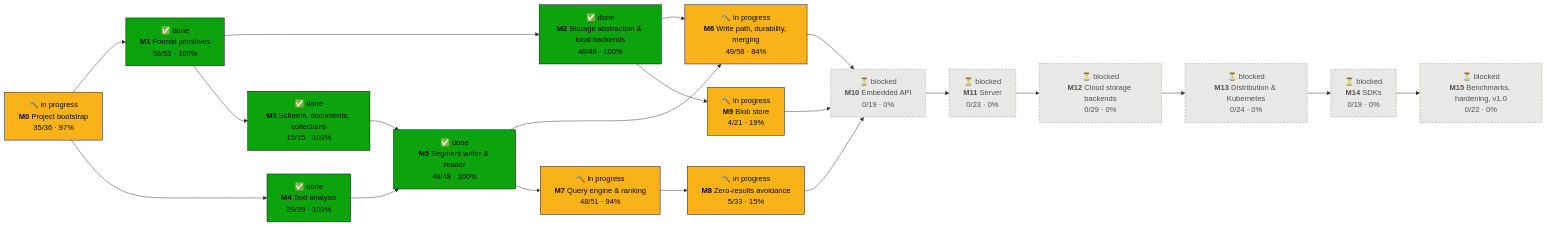
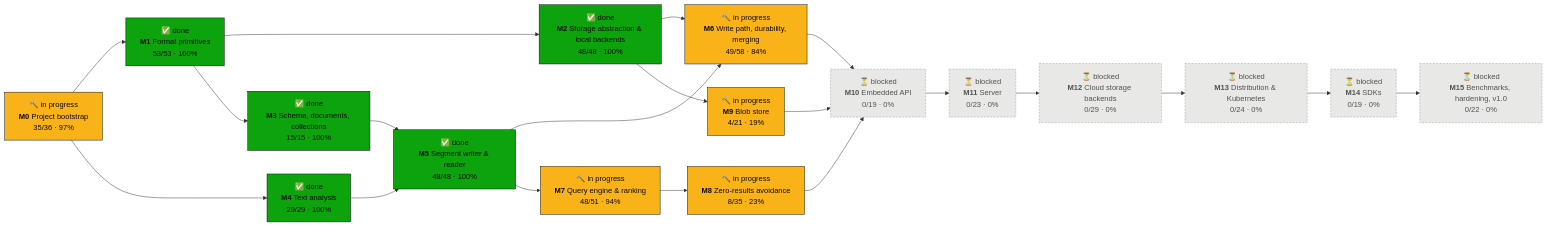
One commit to tomiok/persiaDB changed the first of 2 diagrams in PROGRESS.md. Above: the diagram before and after it, drawn with Mermaid. The commit also changed other lines of this file and 11 other files, not shown here.

First line of the commit message:
fix(engine): 8.1 batch review fix-up (ROADMAP 8.1.6–8.1.8)

````diff
--- a/PROGRESS.md
+++ b/PROGRESS.md
@@ -16,42 +16,42 @@
 ```mermaid
 flowchart LR
   M0["🔨 in progress<br/><b>M0</b> Project bootstrap<br/>35/36 · 97%"]:::doing
   M1["✅ done<br/><b>M1</b> Format primitives<br/>53/53 · 100%"]:::done
   M2["✅ done<br/><b>M2</b> Storage abstraction & local backends<br/>48/48 · 100%"]:::done
   M3["✅ done<br/><b>M3</b> Schema, documents, collections<br/>15/15 · 100%"]:::done
   M4["✅ done<br/><b>M4</b> Text analysis<br/>29/29 · 100%"]:::done
   M5["✅ done<br/><b>M5</b> Segment writer & reader<br/>48/48 · 100%"]:::done
   M6["🔨 in progress<br/><b>M6</b> Write path, durability, merging<br/>49/58 · 84%"]:::doing
   M7["🔨 in progress<br/><b>M7</b> Query engine & ranking<br/>48/51 · 94%"]:::doing
-  M8["🔨 in progress<br/><b>M8</b> Zero-results avoidance<br/>5/33 · 15%"]:::doing
+  M8["🔨 in progress<br/><b>M8</b> Zero-results avoidance<br/>8/35 · 23%"]:::doing
   M9["🔨 in progress<br/><b>M9</b> Blob store<br/>4/21 · 19%"]:::doing
   M10["⏳ blocked<br/><b>M10</b> Embedded API<br/>0/19 · 0%"]:::blocked
   M11["⏳ blocked<br/><b>M11</b> Server<br/>0/23 · 0%"]:::blocked
   M12["⏳ blocked<br/><b>M12</b> Cloud storage backends<br/>0/29 · 0%"]:::blocked
   M13["⏳ blocked<br/><b>M13</b> Distribution & Kubernetes<br/>0/24 · 0%"]:::blocked
   M14["⏳ blocked<br/><b>M14</b> SDKs<br/>0/19 · 0%"]:::blocked
   M15["⏳ blocked<br/><b>M15</b> Benchmarks, hardening, v1.0<br/>0/22 · 0%"]:::blocked
   M0 --> M1
   M1 --> M2
   M1 --> M3
   M0 --> M4
   M3 --> M5
   M4 --> M5
   M2 --> M6
   M5 --> M6
   M5 --> M7
   M7 --> M8
   M2 --> M9
   M6 --> M10
   M8 --> M10
   M9 --> M10
   M10 --> M11
   M11 --> M12
   M12 --> M13
   M13 --> M14
   M14 --> M15
   classDef done fill:#0ca30c,stroke:#0b0b0b,color:#0b0b0b
   classDef doing fill:#fab219,stroke:#0b0b0b,color:#0b0b0b
   classDef ready fill:#fcfcfb,stroke:#0b0b0b,stroke-width:2px,color:#0b0b0b
   classDef blocked fill:#e8e8e6,stroke:#9a9a96,stroke-dasharray:4 3,color:#52514e
 ```
````
